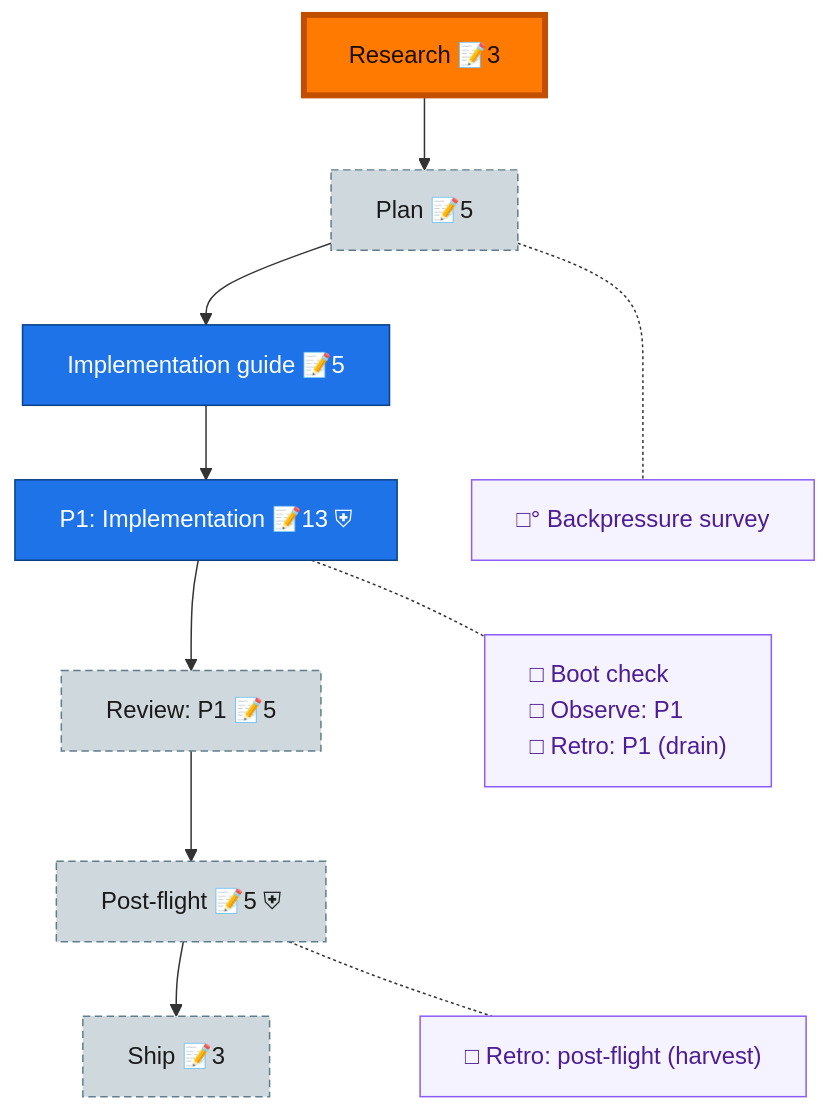
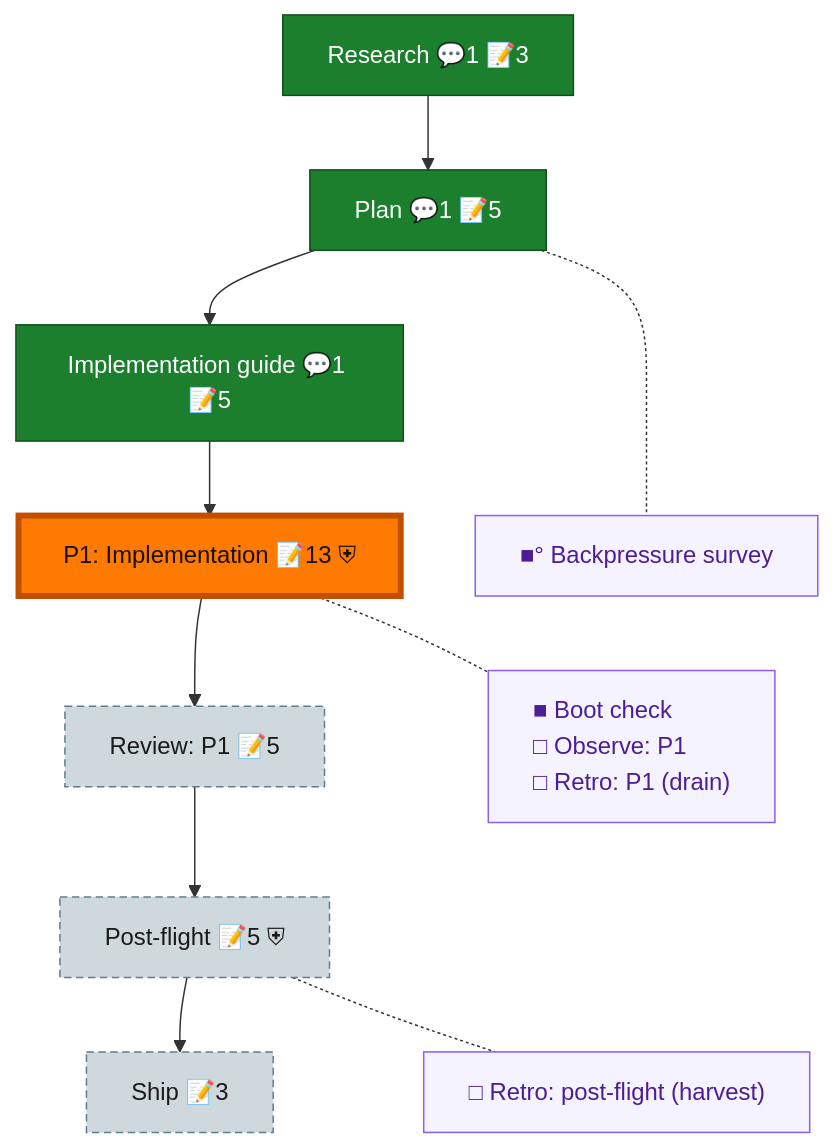
Before and after one commit to AI-Substrate/Unisphere: the diagram in docs/plans/009-adapter-catalog/the-flow.md, drawn with Mermaid. The commit also changed other lines of this file and 35 other files, not shown here.

````diff
--- a/docs/plans/009-adapter-catalog/the-flow.md
+++ b/docs/plans/009-adapter-catalog/the-flow.md
@@ -8,31 +8,31 @@
 ```mermaid
 flowchart TD
-    research["Research 📝3"]:::wip
-    plan["Plan 📝5"]:::assumed
-    impl_guide["Implementation guide 📝5"]:::known
-    phase_1["P1: Implementation 📝13 ⛨"]:::known
+    research["Research 💬1 📝3"]:::done
+    plan["Plan 💬1 📝5"]:::done
+    impl_guide["Implementation guide 💬1 📝5"]:::done
+    phase_1["P1: Implementation 📝13 ⛨"]:::wip
     review_1["Review: P1 📝5"]:::assumed
     post_flight["Post-flight 📝5 ⛨"]:::assumed
     ship["Ship 📝3"]:::assumed
 
     research --> plan --> impl_guide --> phase_1 --> review_1 --> post_flight --> ship
 
-    planC["□° Backpressure survey"]:::chore
-    phase_1C["□ Boot check<br/>□ Observe: P1<br/>□ Retro: P1 (drain)"]:::chore
+    planC["■° Backpressure survey"]:::chore
+    phase_1C["■ Boot check<br/>□ Observe: P1<br/>□ Retro: P1 (drain)"]:::chore
     post_flightC["□ Retro: post-flight (harvest)"]:::chore
 
     %% invisible chain holds the gutter boxes in their own column
     planC ~~~ phase_1C ~~~ post_flightC
 
     %% dotted links pull each gutter box beside its node
     plan -.- planC
     phase_1 -.- phase_1C
     post_flight -.- post_flightC
 
+    classDef done fill:#1B7F2E,stroke:#0F4F1B,color:#fff;
     classDef wip fill:#43C04A,stroke:#1B7F2E,color:#04210A;
-    classDef known fill:#1E73E8,stroke:#0D3F86,color:#fff;
     classDef assumed fill:#CFD8DC,stroke:#607D8B,color:#1a1a1a,stroke-dasharray:5 3;
     classDef chore fill:#f5f3ff,stroke:#8b5cf6,color:#4c1d95,text-align:left;
     classDef current fill:#FF7A00,stroke:#C24E00,color:#1a0e00,stroke-width:4px;
-    class research current;
+    class phase_1 current;
 ```
````
